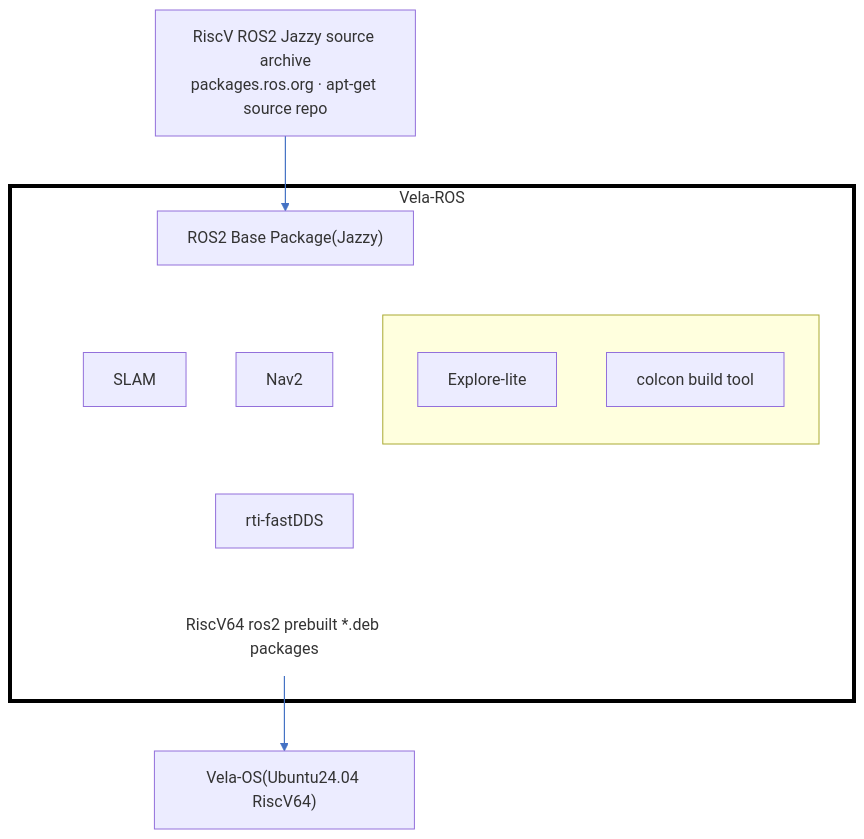
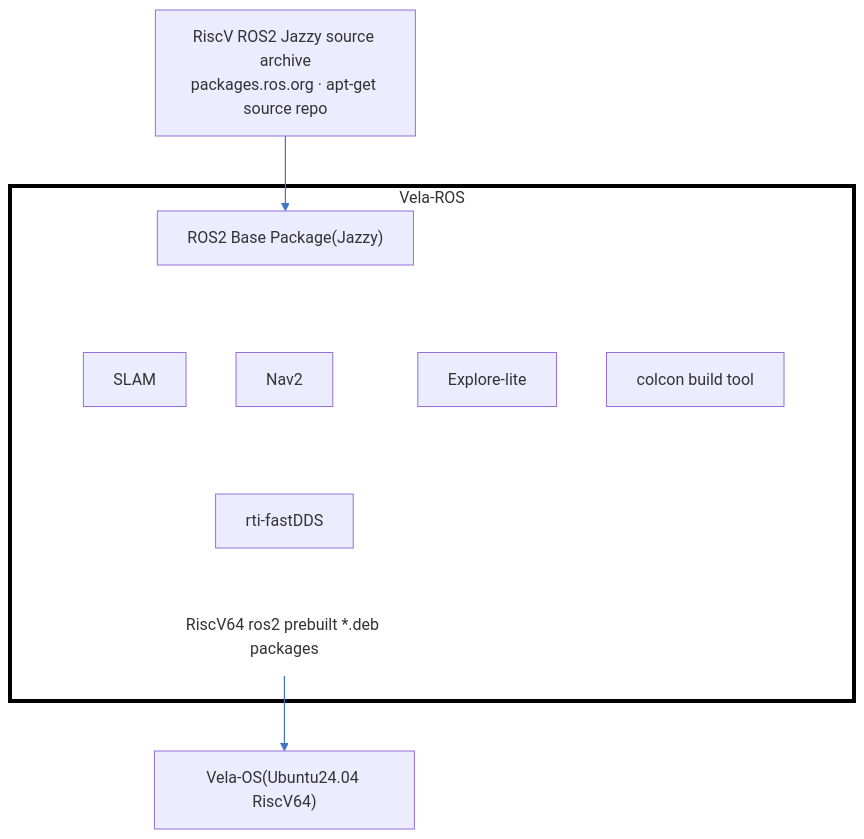
The diagram in vela-ros-architecture.md (riscv-vela/vela-ros), drawn with Mermaid before and after one commit.

Commit message:
Update styles in vela-ros-architecture.md

````diff
--- a/vela-ros-architecture.md
+++ b/vela-ros-architecture.md
@@ -5,35 +5,36 @@
 ```mermaid
 flowchart TB
     SRC["RiscV ROS2 Jazzy source archive
 packages.ros.org · apt-get source repo"]
 
     subgraph VELAROS["Vela-ROS"]
         BASE["ROS2 Base Package(Jazzy)"]
         SLAM["SLAM"]
         NAV2["Nav2"]
         subgraph TOOLS[" "]
             direction TB
             EXPLORE["Explore-lite"]
             COLCON["colcon build tool"]
         end
         DDS["rti-fastDDS"]
         DEBS["RiscV64 ros2 prebuilt *.deb packages"]
 
         BASE ~~~ SLAM
         BASE ~~~ NAV2
         BASE ~~~ TOOLS
         SLAM ~~~ DDS
         NAV2 ~~~ DDS
         TOOLS ~~~ DDS
         DDS ~~~ DEBS
     end
 
     ENV["Vela-OS(Ubuntu24.04 RiscV64)"]
 
     SRC --> BASE
     DEBS --> ENV
 
     style VELAROS fill:none,stroke:#000000,stroke-width:4px
+    style TOOLS fill:none,stroke:none
     style DEBS fill:none,stroke:none
     linkStyle 7,8 stroke:#4472C4,stroke-width:1.2px
 ```
````
